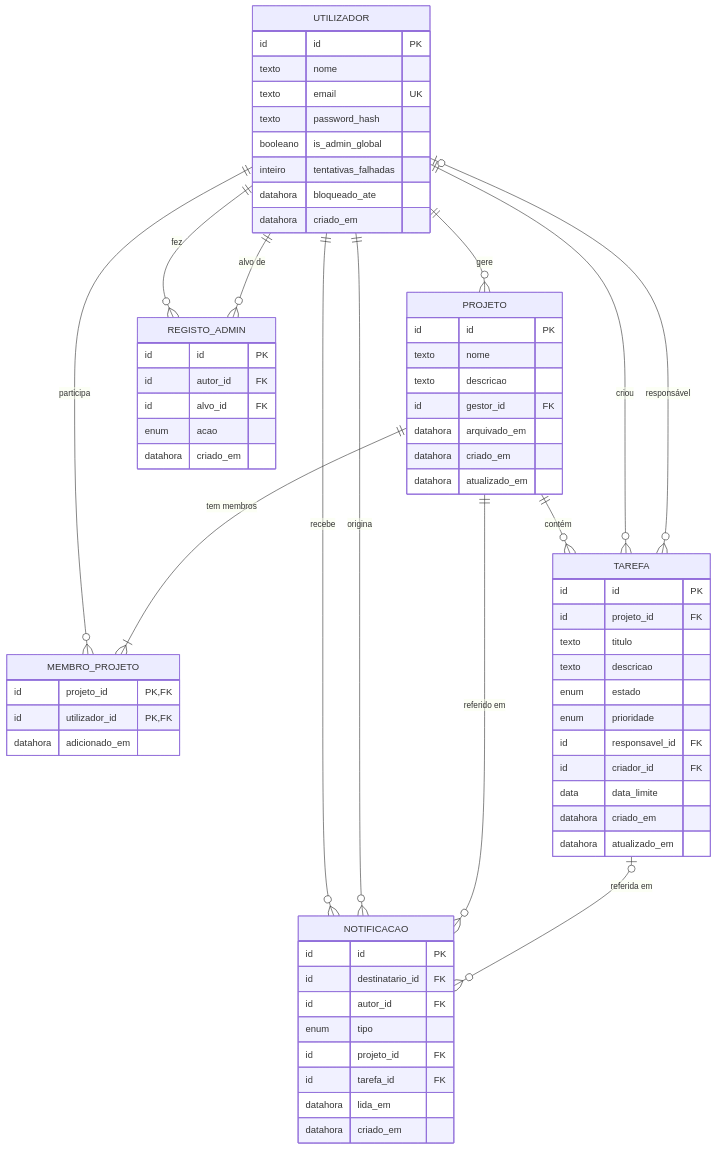
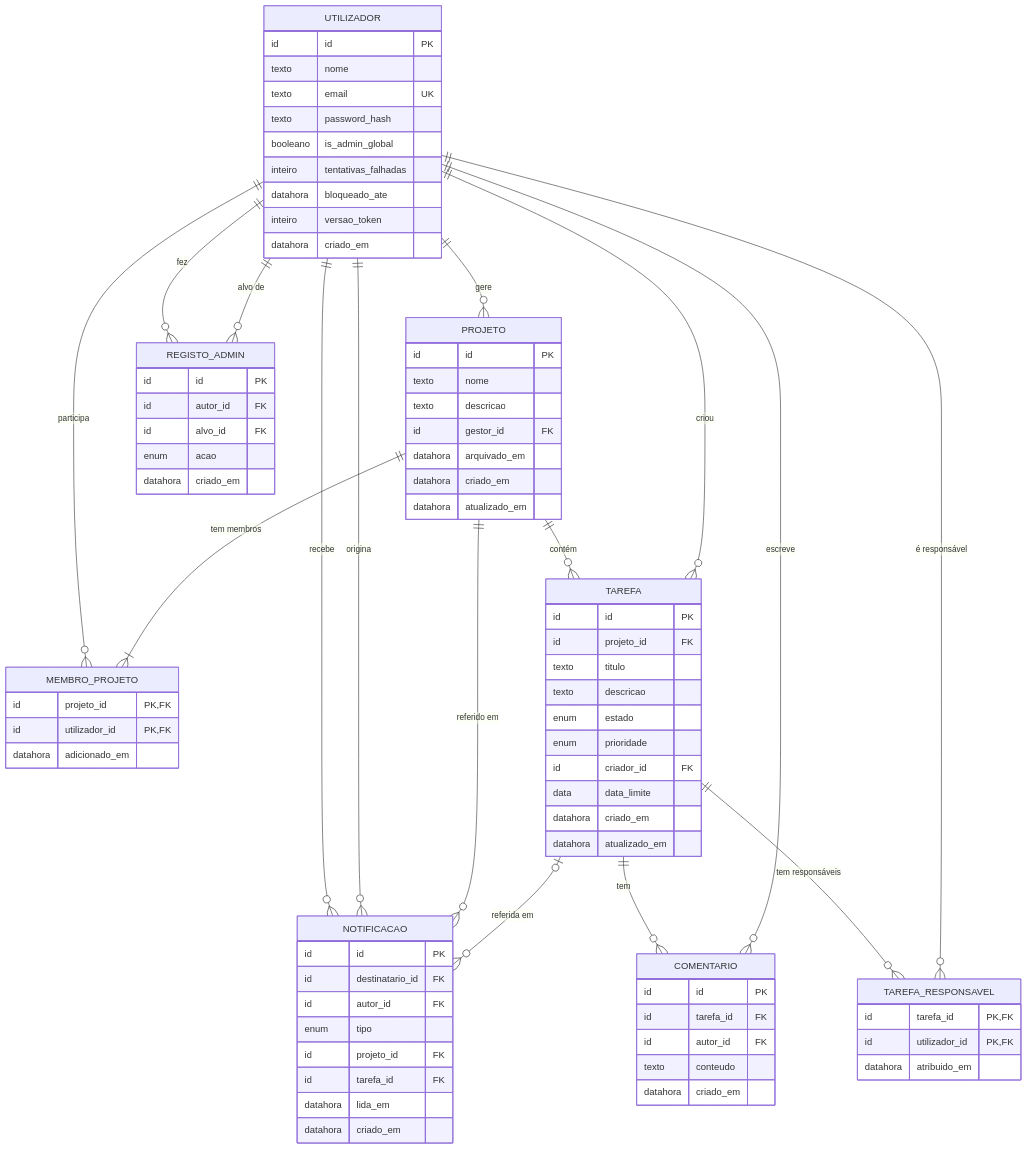
The diagram in docs/database.md (mariohenriquep/matriz-api), drawn with Mermaid before and after one commit. The commit also changed other lines of this file and 8 other files, not shown here.

```diff
--- a/docs/database.md
+++ b/docs/database.md
@@ -110,6 +131,7 @@
         booleano is_admin_global
         inteiro tentativas_falhadas
         datahora bloqueado_ate
+        inteiro versao_token
         datahora criado_em
     }
     PROJETO {
@@ -133,11 +155,22 @@
         texto descricao
         enum estado
         enum prioridade
-        id responsavel_id FK
         id criador_id FK
         data data_limite
         datahora criado_em
         datahora atualizado_em
+    }
+    TAREFA_RESPONSAVEL {
+        id tarefa_id PK, FK
+        id utilizador_id PK, FK
+        datahora atribuido_em
+    }
+    COMENTARIO {
+        id id PK
+        id tarefa_id FK
+        id autor_id FK
+        texto conteudo
+        datahora criado_em
     }
     NOTIFICACAO {
         id id PK
@@ -162,7 +195,10 @@
     PROJETO ||--|{ MEMBRO_PROJETO : "tem membros"
     PROJETO ||--o{ TAREFA : "contém"
     UTILIZADOR ||--o{ TAREFA : "criou"
-    UTILIZADOR |o--o{ TAREFA : "responsável"
+    TAREFA ||--o{ TAREFA_RESPONSAVEL : "tem responsáveis"
+    UTILIZADOR ||--o{ TAREFA_RESPONSAVEL : "é responsável"
+    TAREFA ||--o{ COMENTARIO : "tem"
+    UTILIZADOR ||--o{ COMENTARIO : "escreve"
     UTILIZADOR ||--o{ NOTIFICACAO : "recebe"
     UTILIZADOR ||--o{ NOTIFICACAO : "origina"
     PROJETO ||--o{ NOTIFICACAO : "referido em"
```
